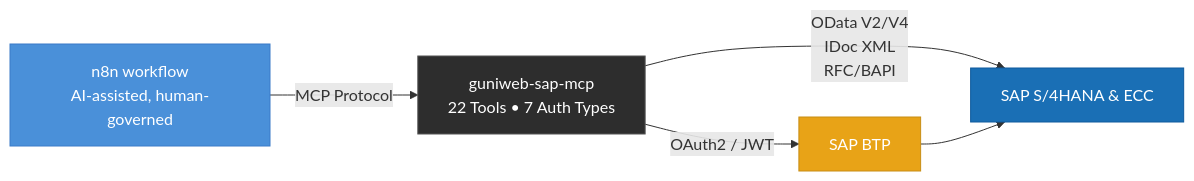
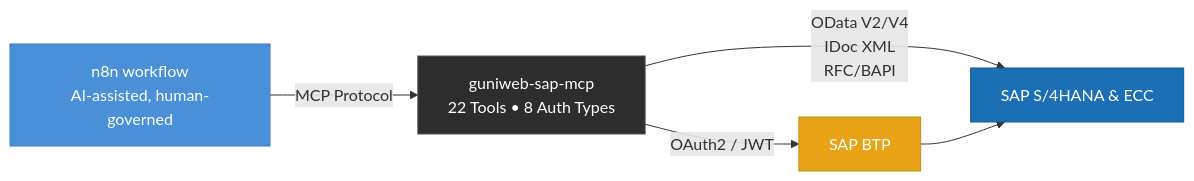
Before and after one commit to guniweb/guniweb-sap-mcp: the first of 5 diagrams in README.md, drawn with Mermaid. The commit also changed other lines of this file and 4 other files, not shown here.

````diff
--- a/README.md
+++ b/README.md
@@ -7,12 +7,12 @@
 ```mermaid
 graph LR
-    n8n["n8n workflow<br/>AI-assisted, human-governed"] -->|MCP Protocol| MCP["guniweb-sap-mcp<br/>22 Tools &bull; 7 Auth Types"]
+    n8n["n8n workflow<br/>AI-assisted, human-governed"] -->|MCP Protocol| MCP["guniweb-sap-mcp<br/>22 Tools &bull; 8 Auth Types"]
     MCP -->|"OData V2/V4<br/>IDoc XML<br/>RFC/BAPI"| SAP["SAP S/4HANA & ECC"]
     MCP -->|"OAuth2 / JWT"| BTP["SAP BTP"]
     BTP --> SAP
 
     style n8n fill:#4a90d9,color:#fff,stroke:#3a7bc8
     style MCP fill:#2d2d2d,color:#fff,stroke:#555
     style SAP fill:#1a6fb5,color:#fff,stroke:#0f5a9d
     style BTP fill:#e8a317,color:#fff,stroke:#c88d14
 ```
````
